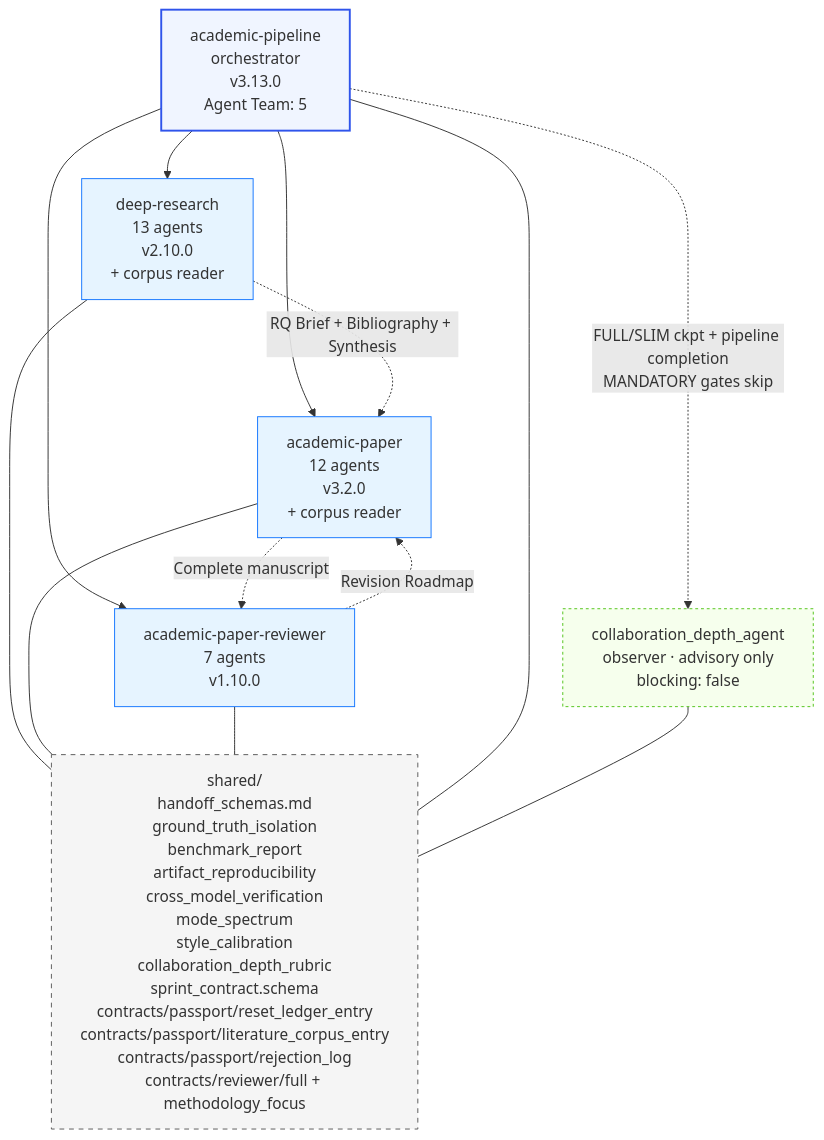
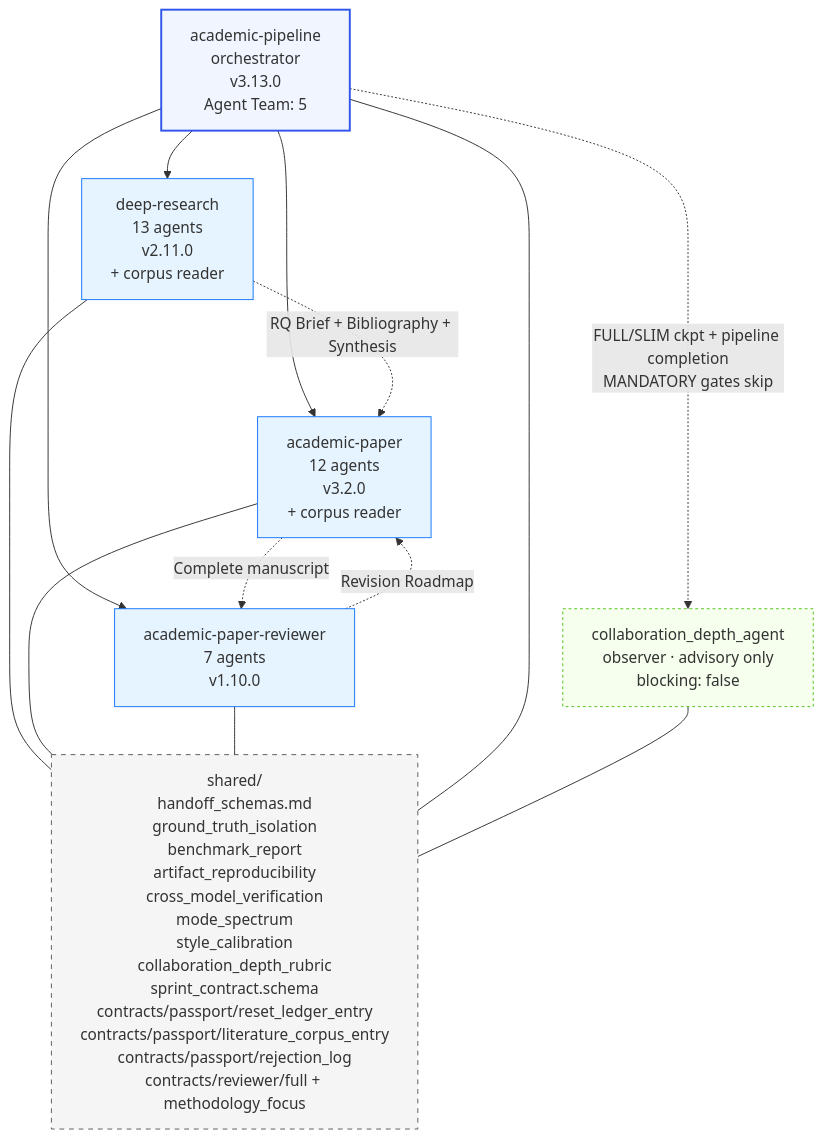
The fourth of 5 diagrams in docs/ARCHITECTURE.md (qhWangAntoneva/academic-research-skills), drawn with Mermaid before and after one commit. The commit also changed other lines of this file and 6 other files, not shown here.

````diff
--- a/docs/ARCHITECTURE.md
+++ b/docs/ARCHITECTURE.md
@@ -201,31 +201,31 @@
 ```mermaid
 graph TD
     Pipeline[academic-pipeline<br/>orchestrator<br/>v3.13.0<br/>Agent Team: 5]
     Observer[collaboration_depth_agent<br/>observer · advisory only<br/>blocking: false]
-    DR[deep-research<br/>13 agents<br/>v2.10.0<br/>+ corpus reader]
+    DR[deep-research<br/>13 agents<br/>v2.11.0<br/>+ corpus reader]
     AP[academic-paper<br/>12 agents<br/>v3.2.0<br/>+ corpus reader]
     APR[academic-paper-reviewer<br/>7 agents<br/>v1.10.0]
     Shared[shared/<br/>handoff_schemas.md<br/>ground_truth_isolation<br/>benchmark_report<br/>artifact_reproducibility<br/>cross_model_verification<br/>mode_spectrum<br/>style_calibration<br/>collaboration_depth_rubric<br/>sprint_contract.schema<br/>contracts/passport/reset_ledger_entry<br/>contracts/passport/literature_corpus_entry<br/>contracts/passport/rejection_log<br/>contracts/reviewer/full + methodology_focus]
 
     Pipeline --> DR
     Pipeline --> AP
     Pipeline --> APR
     Pipeline -. "FULL/SLIM ckpt + pipeline completion<br/>MANDATORY gates skip" .-> Observer
     DR -. "RQ Brief + Bibliography + Synthesis" .-> AP
     AP -. "Complete manuscript" .-> APR
     APR -. "Revision Roadmap" .-> AP
     DR --- Shared
     AP --- Shared
     APR --- Shared
     Pipeline --- Shared
     Observer --- Shared
 
     classDef orch fill:#f0f5ff,stroke:#2f54eb,stroke-width:2px
     classDef skill fill:#e6f4ff,stroke:#1677ff
     classDef shared fill:#f5f5f5,stroke:#595959,stroke-dasharray:5 5
     classDef observer fill:#f6ffed,stroke:#52c41a,stroke-dasharray:3 3
     class Pipeline orch
     class DR,AP,APR skill
     class Shared shared
     class Observer observer
 ```
````
